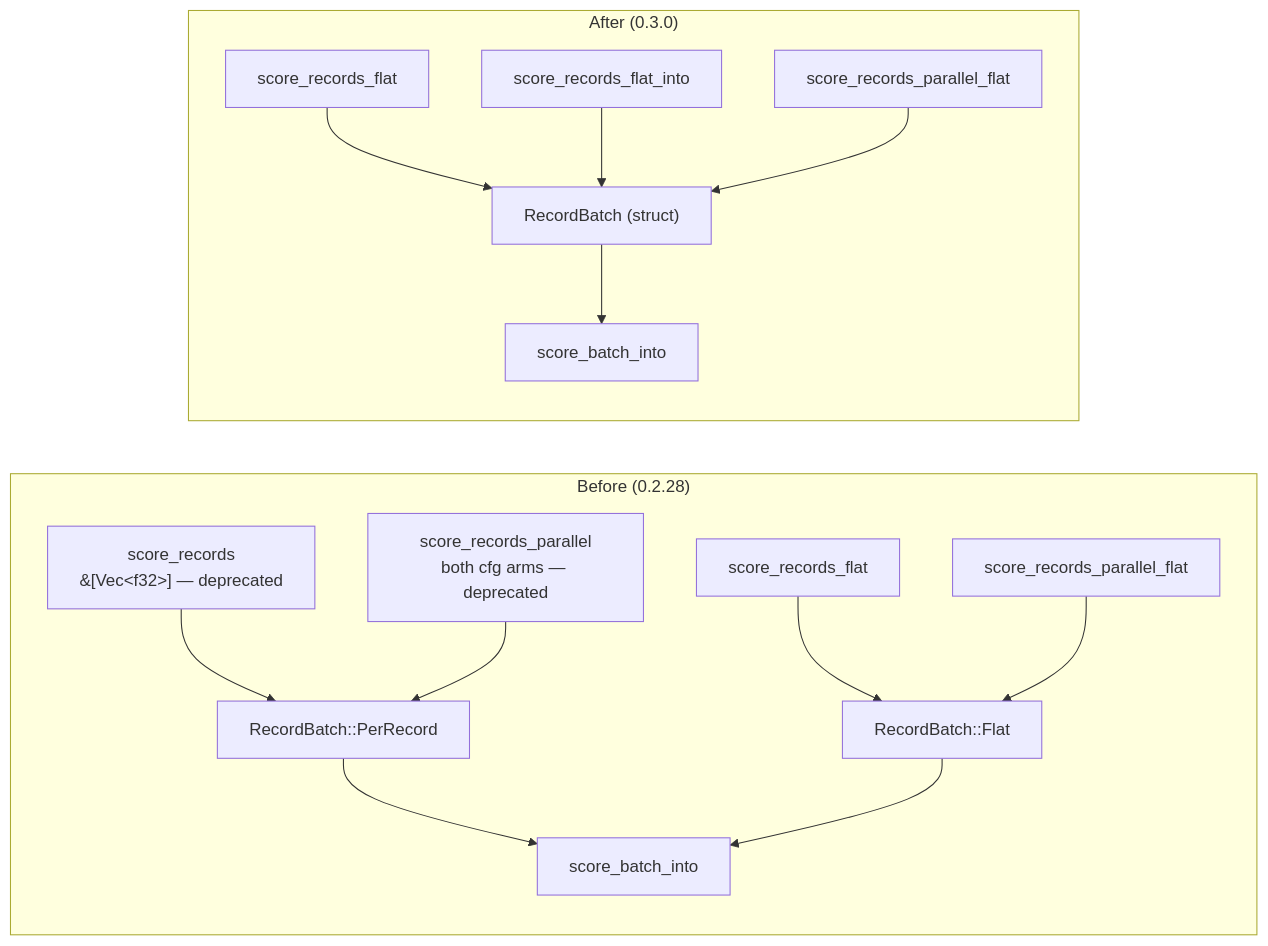
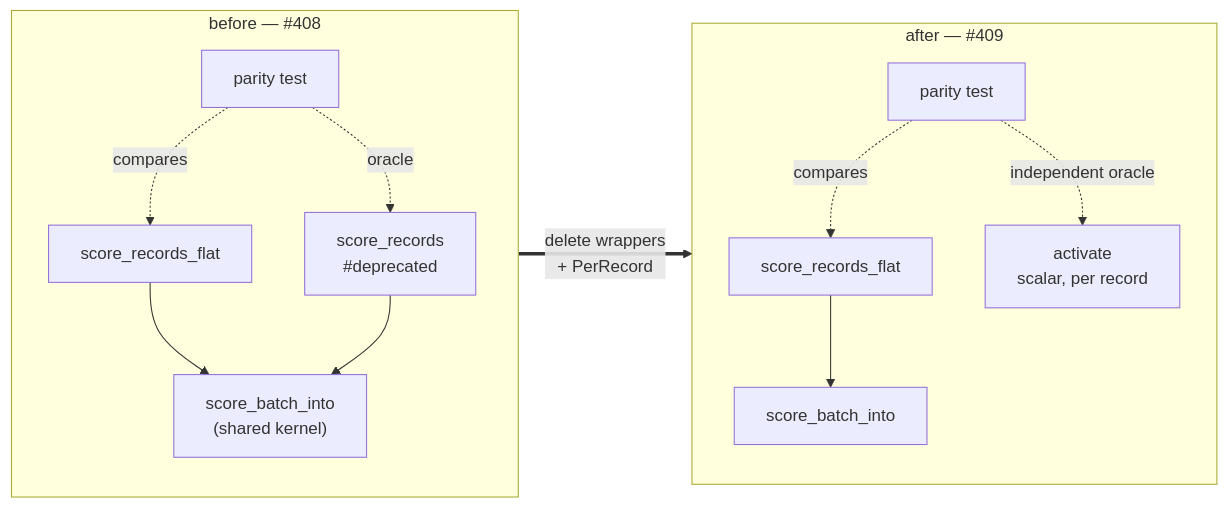
Before and after one commit to stSoftwareAU/NEAT-AI-core: the diagram in docs/archive/pr-summaries/pr-summary-409.md, drawn with Mermaid. The commit also changed other lines of this file, not shown here.

First line of the commit message:
docs: add PR summary for the per-record scoring wrapper removal (Issue #409)

````diff
--- a/docs/archive/pr-summaries/pr-summary-409.md
+++ b/docs/archive/pr-summaries/pr-summary-409.md
@@ -34,17 +61,15 @@
 ```mermaid
 flowchart LR
-    subgraph Before["Before (0.2.28)"]
-        A1["score_records<br/>&amp;[Vec&lt;f32&gt;] — deprecated"] --> B1["RecordBatch::PerRecord"]
-        A2["score_records_parallel<br/>both cfg arms — deprecated"] --> B1
-        A3[score_records_flat] --> B2["RecordBatch::Flat"]
-        A4[score_records_parallel_flat] --> B2
-        B1 --> C1[score_batch_into]
-        B2 --> C1
+    subgraph BEFORE["before — #408"]
+        A["score_records_flat"] --> K["score_batch_into<br/>(shared kernel)"]
+        B["score_records<br/>#deprecated"] --> K
+        T1["parity test"] -.->|"compares"| A
+        T1 -.->|"oracle"| B
     end
-    subgraph After["After (0.3.0)"]
-        D1[score_records_flat] --> E1["RecordBatch (struct)"]
-        D2[score_records_flat_into] --> E1
-        D3[score_records_parallel_flat] --> E1
-        E1 --> F1[score_batch_into]
+    subgraph AFTER["after — #409"]
+        A2["score_records_flat"] --> K2["score_batch_into"]
+        T2["parity test"] -.->|"compares"| A2
+        T2 -.->|"independent oracle"| R["activate<br/>scalar, per record"]
     end
+    BEFORE ==>|"delete wrappers<br/>+ PerRecord"| AFTER
 ```
````
